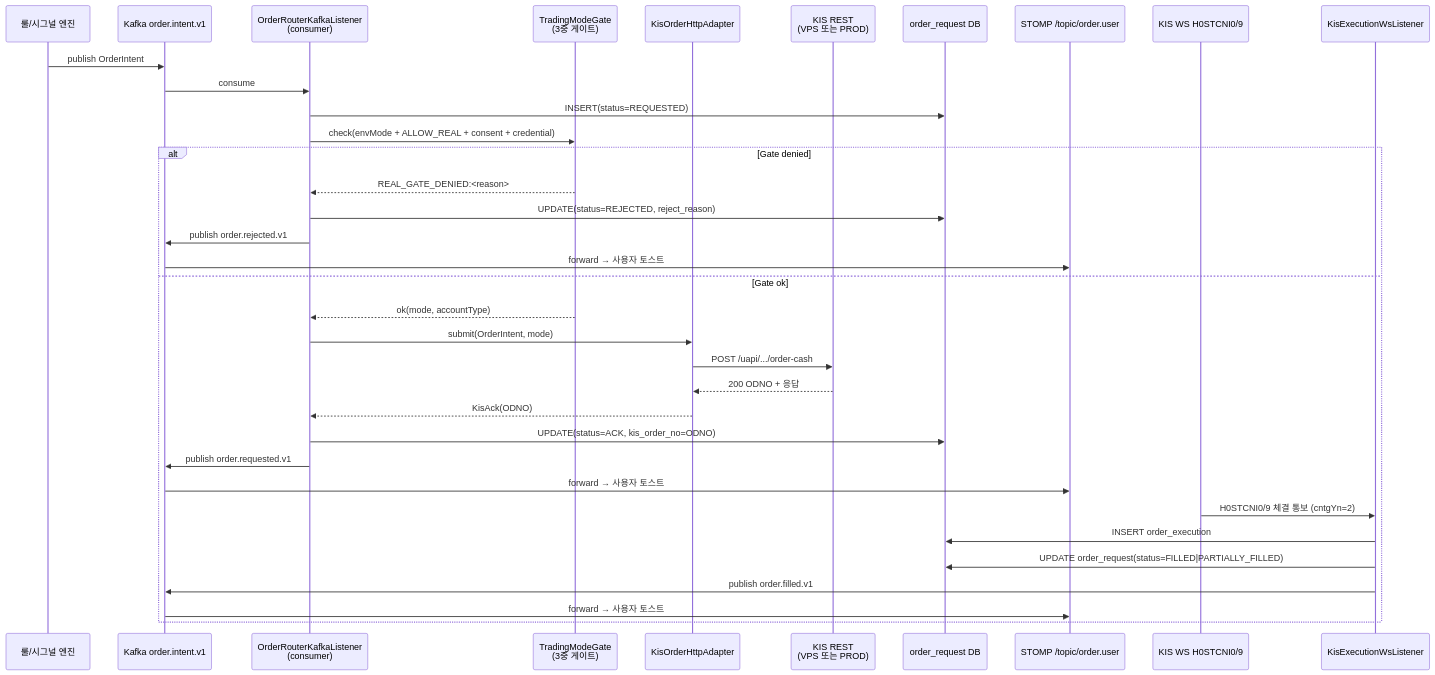
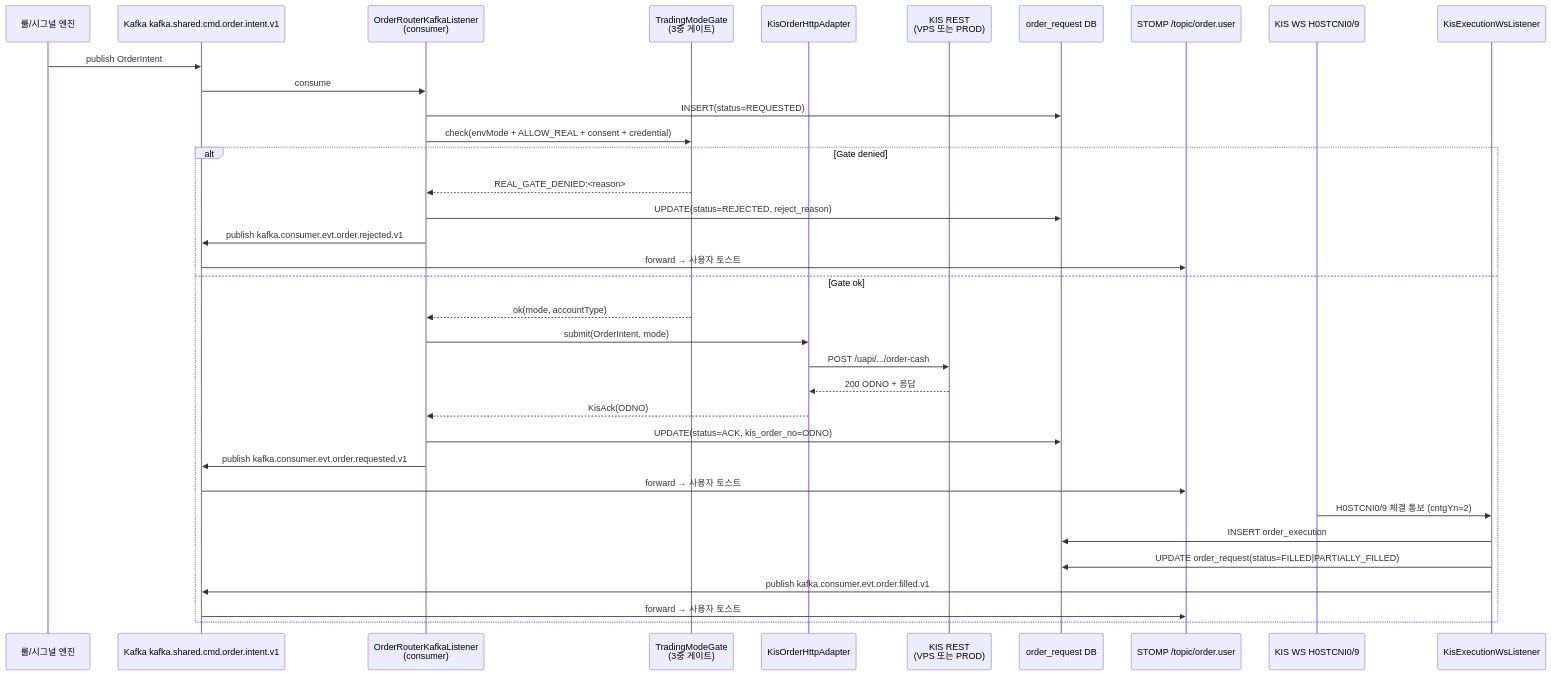
One commit to sp-daewoon/magicJar changed the first of 5 diagrams in README.md. Above: the diagram before and after it, drawn with Mermaid. The commit also changed other lines of this file and 24 other files, not shown here.

````diff
--- a/README.md
+++ b/README.md
@@ -48,38 +48,38 @@
 ```mermaid
 sequenceDiagram
     participant Rule as 룰/시그널 엔진
-    participant Kafka as Kafka order.intent.v1
+    participant Kafka as Kafka kafka.shared.cmd.order.intent.v1
     participant Listener as OrderRouterKafkaListener<br/>(consumer)
     participant Gate as TradingModeGate<br/>(3중 게이트)
     participant Adapter as KisOrderHttpAdapter
     participant KIS as KIS REST<br/>(VPS 또는 PROD)
     participant DB as order_request DB
     participant Stomp as STOMP /topic/order.user
     participant WS as KIS WS H0STCNI0/9
     participant ExecListener as KisExecutionWsListener
 
     Rule->>Kafka: publish OrderIntent
     Kafka->>Listener: consume
     Listener->>DB: INSERT(status=REQUESTED)
     Listener->>Gate: check(envMode + ALLOW_REAL + consent + credential)
     alt Gate denied
         Gate-->>Listener: REAL_GATE_DENIED:<reason>
         Listener->>DB: UPDATE(status=REJECTED, reject_reason)
-        Listener->>Kafka: publish order.rejected.v1
+        Listener->>Kafka: publish kafka.consumer.evt.order.rejected.v1
         Kafka->>Stomp: forward → 사용자 토스트
     else Gate ok
         Gate-->>Listener: ok(mode, accountType)
         Listener->>Adapter: submit(OrderIntent, mode)
         Adapter->>KIS: POST /uapi/.../order-cash
         KIS-->>Adapter: 200 ODNO + 응답
         Adapter-->>Listener: KisAck(ODNO)
         Listener->>DB: UPDATE(status=ACK, kis_order_no=ODNO)
-        Listener->>Kafka: publish order.requested.v1
+        Listener->>Kafka: publish kafka.consumer.evt.order.requested.v1
         Kafka->>Stomp: forward → 사용자 토스트
         WS->>ExecListener: H0STCNI0/9 체결 통보 (cntgYn=2)
         ExecListener->>DB: INSERT order_execution
         ExecListener->>DB: UPDATE order_request(status=FILLED|PARTIALLY_FILLED)
-        ExecListener->>Kafka: publish order.filled.v1
+        ExecListener->>Kafka: publish kafka.consumer.evt.order.filled.v1
         Kafka->>Stomp: forward → 사용자 토스트
     end
 ```
````
